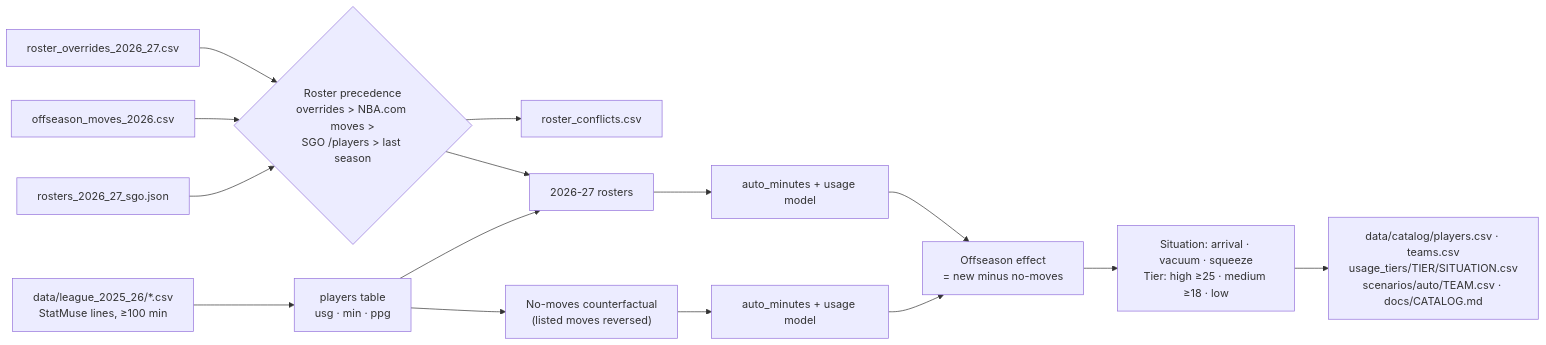
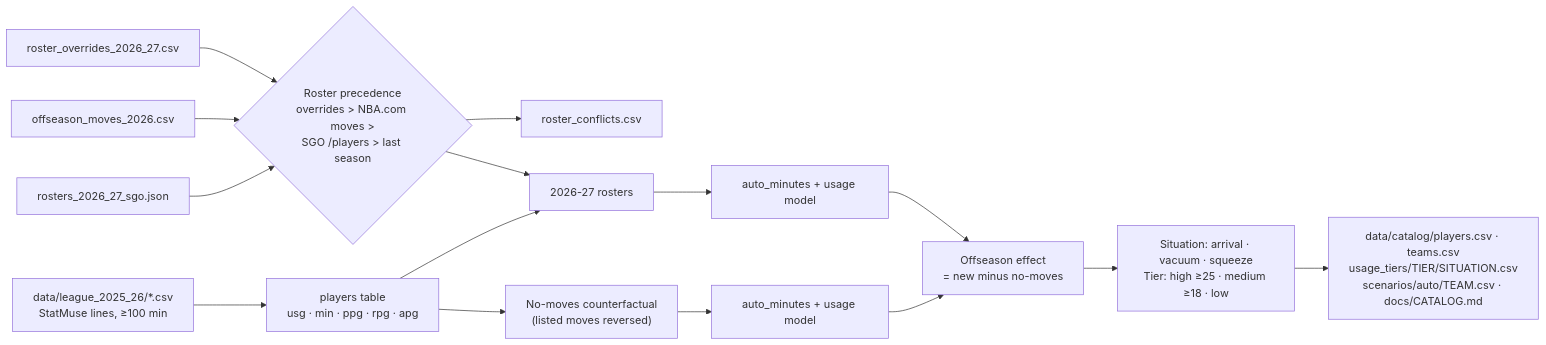
Before and after one commit to RohanRepala0/NBA_RFQ_2026_Models: the fifth of 5 diagrams in docs/ARCHITECTURE.md, drawn with Mermaid. The commit also changed other lines of this file and 50 other files, not shown here.

````diff
--- a/docs/ARCHITECTURE.md
+++ b/docs/ARCHITECTURE.md
@@ -185,17 +185,17 @@
 ```mermaid
 flowchart LR
-    SPLITS["data/league_2025_26/*.csv<br/>StatMuse lines, ≥100 min"] --> PT["players table<br/>usg · min · ppg"]
+    SPLITS["data/league_2025_26/*.csv<br/>StatMuse lines, ≥100 min"] --> PT["players table<br/>usg · min · ppg · rpg · apg"]
     OVR["roster_overrides_2026_27.csv"] --> RR{"Roster precedence<br/>overrides > NBA.com moves ><br/>SGO /players > last season"}
     MV["offseason_moves_2026.csv"] --> RR
     SGOR["rosters_2026_27_sgo.json"] --> RR
     RR --> CONF["roster_conflicts.csv"]
     RR --> NEW["2026-27 rosters"]
     PT --> NEW
     PT --> NOMOVE["No-moves counterfactual<br/>(listed moves reversed)"]
     NEW --> AM1["auto_minutes + usage model"]
     NOMOVE --> AM2["auto_minutes + usage model"]
     AM1 --> DIFF["Offseason effect<br/>= new minus no-moves"]
     AM2 --> DIFF
     DIFF --> TAG["Situation: arrival · vacuum · squeeze<br/>Tier: high ≥25 · medium ≥18 · low"]
     TAG --> OUTS["data/catalog/players.csv · teams.csv<br/>usage_tiers/TIER/SITUATION.csv<br/>scenarios/auto/TEAM.csv · docs/CATALOG.md"]
 ```
````
